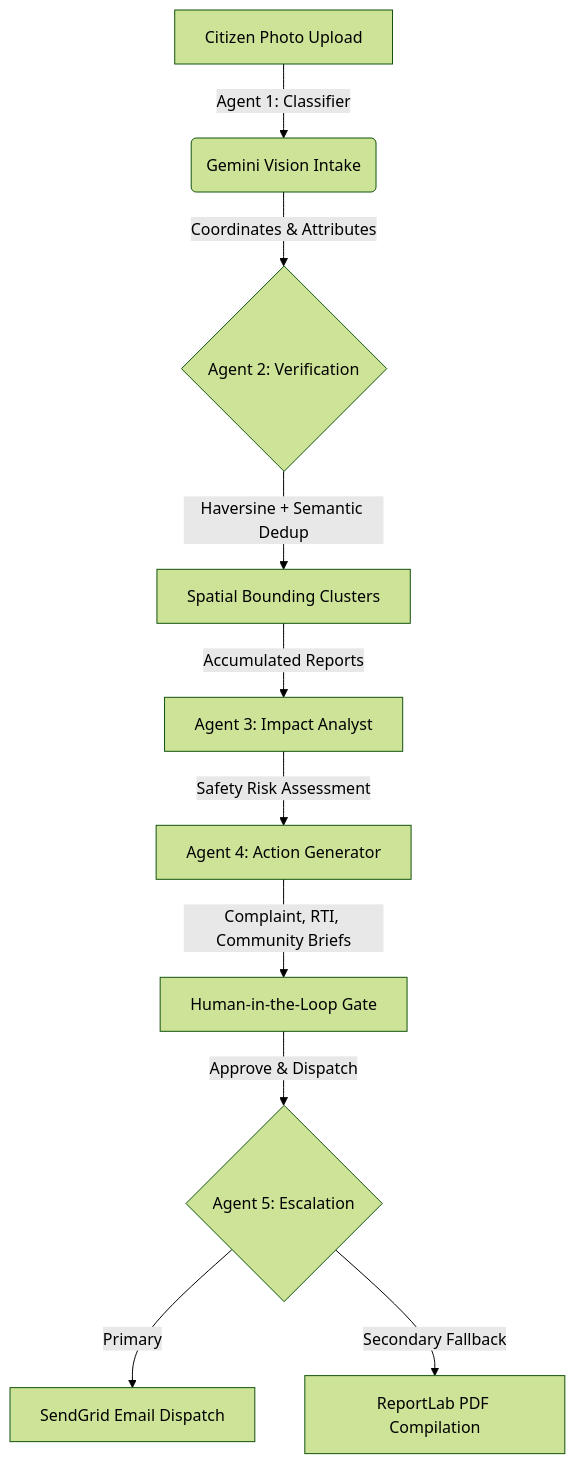
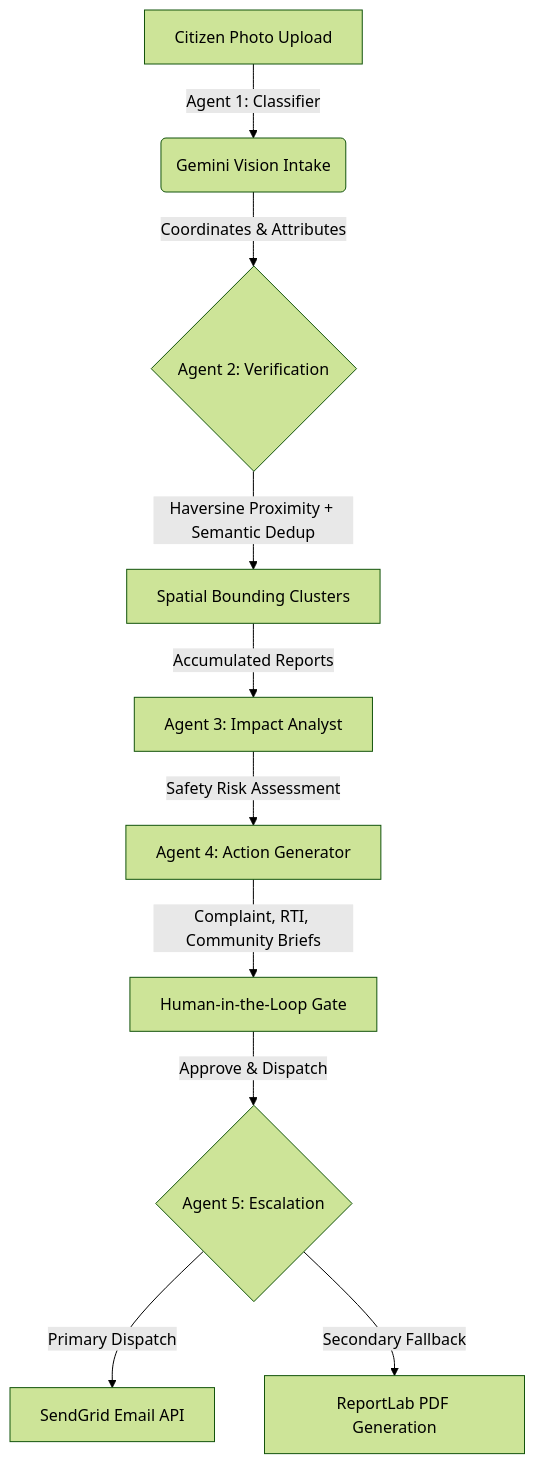
One commit to acchasujal/CivicPulse changed the diagram in README.md. Above: the diagram before and after it, drawn with Mermaid (forest theme). The commit also changed other lines of this file and 4 other files, not shown here.

````diff
--- a/README.md
+++ b/README.md
@@ -35,12 +43,12 @@
 ```mermaid
 graph TD
     A[Citizen Photo Upload] -->|Agent 1: Classifier| B(Gemini Vision Intake)
     B -->|Coordinates & Attributes| C{Agent 2: Verification}
-    C -->|Haversine + Semantic Dedup| D[Spatial Bounding Clusters]
+    C -->|Haversine Proximity + Semantic Dedup| D[Spatial Bounding Clusters]
     D -->|Accumulated Reports| E[Agent 3: Impact Analyst]
     E -->|Safety Risk Assessment| F[Agent 4: Action Generator]
     F -->|Complaint, RTI, Community Briefs| G[Human-in-the-Loop Gate]
     G -->|Approve & Dispatch| H{Agent 5: Escalation}
-    H -->|Primary| I[SendGrid Email Dispatch]
-    H -->|Secondary Fallback| J[ReportLab PDF Compilation]
+    H -->|Primary Dispatch| I[SendGrid Email API]
+    H -->|Secondary Fallback| J[ReportLab PDF Generation]
 ```
````
